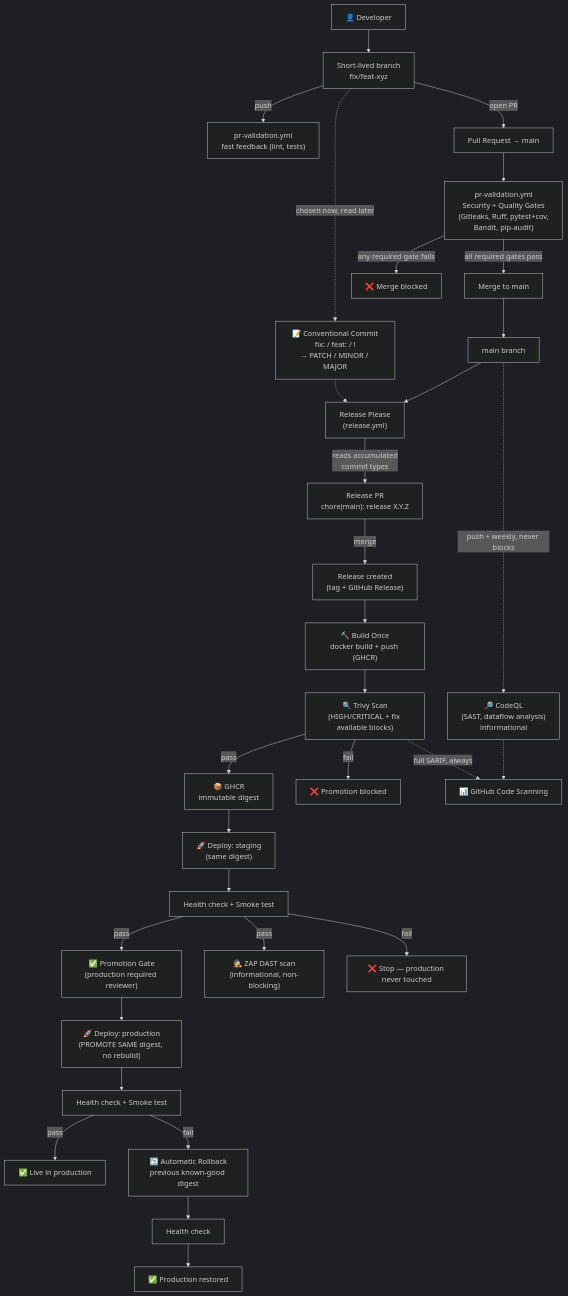
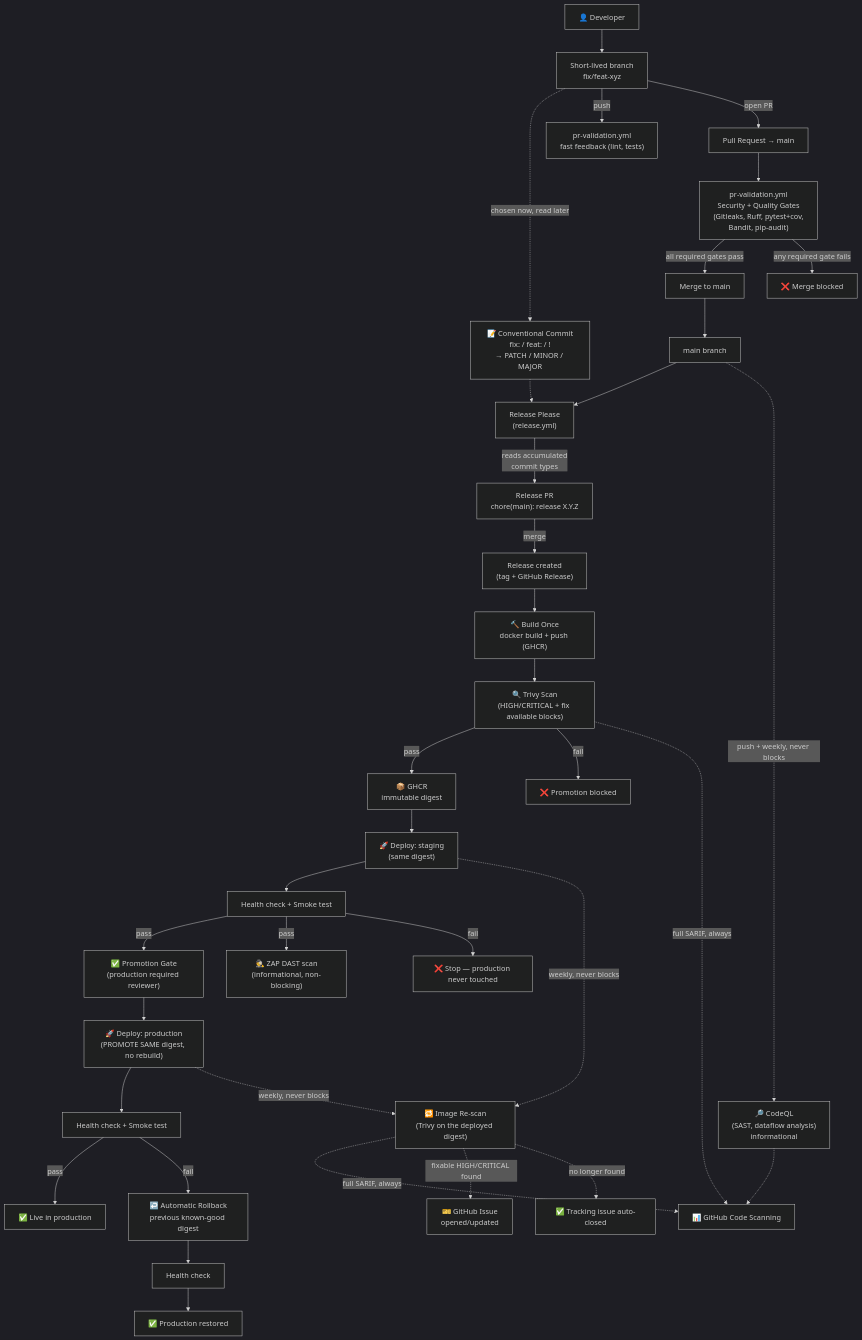
Before and after one commit to eazysec/cicd-devsecops-demo: the first of 2 diagrams in README.md, drawn with Mermaid (dark theme). The commit also changed other lines of this file and 6 other files, not shown here.

````diff
--- a/README.md
+++ b/README.md
@@ -51,34 +51,40 @@
 ```mermaid
 flowchart TD
     Dev["👤 Developer"] --> Branch["Short-lived branch\nfix/feat-xyz"]
     Branch -.->|chosen now, read later| CommitType["📝 Conventional Commit\nfix: / feat: / !\n→ PATCH / MINOR / MAJOR"]
     CommitType -.-> RP
     Branch -->|push| FastFeedback["pr-validation.yml\nfast feedback (lint, tests)"]
     Branch -->|open PR| PR["Pull Request → main"]
     PR --> Gates["pr-validation.yml\nSecurity + Quality Gates\n(Gitleaks, Ruff, pytest+cov,\nBandit, pip-audit)"]
     Gates -->|all required gates pass| Merge["Merge to main"]
     Gates -->|any required gate fails| Blocked["❌ Merge blocked"]
     Merge --> Main["main branch"]
     Main --> RP["Release Please\n(release.yml)"]
     RP -->|reads accumulated\ncommit types| ReleasePR["Release PR\nchore(main): release X.Y.Z"]
     ReleasePR -->|merge| Release["Release created\n(tag + GitHub Release)"]
     Release --> BuildOnce["🔨 Build Once\ndocker build + push (GHCR)"]
     BuildOnce --> Scan["🔍 Trivy Scan\n(HIGH/CRITICAL + fix available blocks)"]
     Scan -->|pass| Registry["📦 GHCR\nimmutable digest"]
     Scan -->|fail| ScanBlocked["❌ Promotion blocked"]
     Scan -.->|full SARIF, always| CodeScanning["📊 GitHub Code Scanning"]
     Registry --> Staging["🚀 Deploy: staging\n(same digest)"]
     Staging --> VerifyStaging["Health check + Smoke test"]
     VerifyStaging -->|pass| PromotionGate["✅ Promotion Gate\n(production required reviewer)"]
     VerifyStaging -->|pass| ZAP["🕵️ ZAP DAST scan\n(informational, non-blocking)"]
     VerifyStaging -->|fail| StagingFail["❌ Stop — production never touched"]
     PromotionGate --> Production["🚀 Deploy: production\n(PROMOTE SAME digest, no rebuild)"]
     Production --> VerifyProd["Health check + Smoke test"]
     VerifyProd -->|pass| Done["✅ Live in production"]
     VerifyProd -->|fail| Rollback["↩️ Automatic Rollback\nprevious known-good digest"]
     Rollback --> RollbackVerify["Health check"]
     RollbackVerify --> Restored["✅ Production restored"]
 
     Main -.->|push + weekly, never blocks| CodeQL["🔎 CodeQL\n(SAST, dataflow analysis)\ninformational"]
     CodeQL -.-> CodeScanning
+
+    Staging -.->|weekly, never blocks| Rescan["🔁 Image Re-scan\n(Trivy on the deployed digest)"]
+    Production -.->|weekly, never blocks| Rescan
+    Rescan -.->|full SARIF, always| CodeScanning
+    Rescan -.->|fixable HIGH/CRITICAL found| Issue["🎫 GitHub Issue\nopened/updated"]
+    Rescan -.->|no longer found| IssueClosed["✅ Tracking issue auto-closed"]
 ```
````
